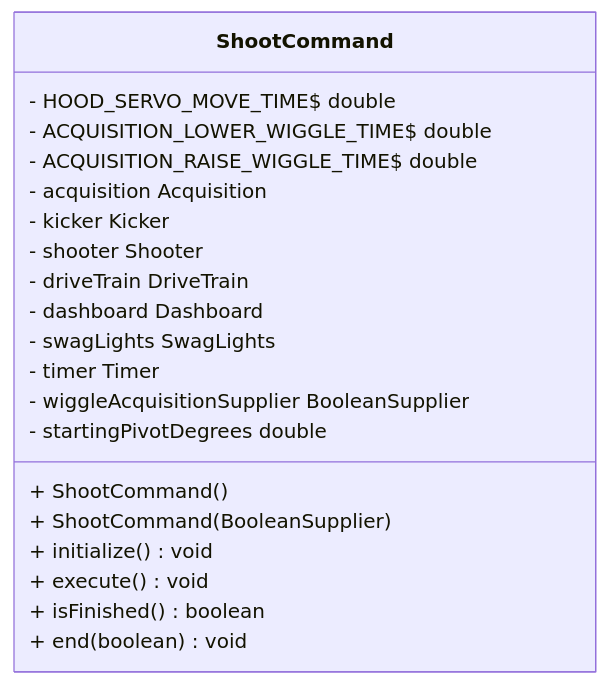
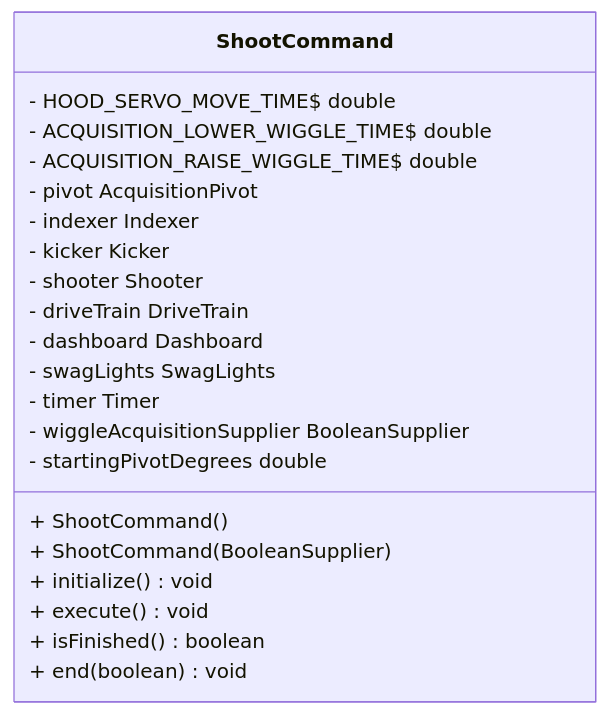
Before and after one commit to LakotaRobotics1038/2026RobotProject: the diagram in src/uml/frc/robot/commands/ShootCommand.mmd, drawn with Mermaid. The commit also changed 15 other files, not shown here.

Commit message:
Update UML

```diff
--- a/src/uml/frc/robot/commands/ShootCommand.mmd
+++ b/src/uml/frc/robot/commands/ShootCommand.mmd
@@ -1,23 +1,24 @@
 classDiagram
   direction LR
 
   class ShootCommand {
     - HOOD_SERVO_MOVE_TIME$ double
     - ACQUISITION_LOWER_WIGGLE_TIME$ double
     - ACQUISITION_RAISE_WIGGLE_TIME$ double
-    - acquisition Acquisition
+    - pivot AcquisitionPivot
+    - indexer Indexer
     - kicker Kicker
     - shooter Shooter
     - driveTrain DriveTrain
     - dashboard Dashboard
     - swagLights SwagLights
     - timer Timer
     - wiggleAcquisitionSupplier BooleanSupplier
     - startingPivotDegrees double
     + ShootCommand()
     + ShootCommand(BooleanSupplier)
     + initialize() void
     + execute() void
     + isFinished() boolean
     + end(boolean) void
   }
```
